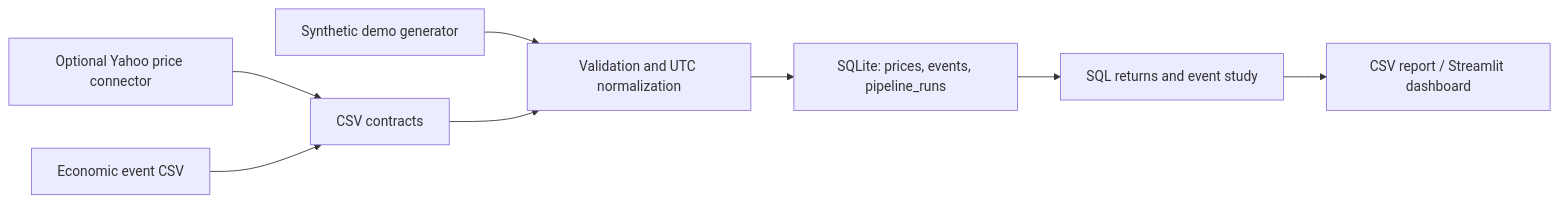
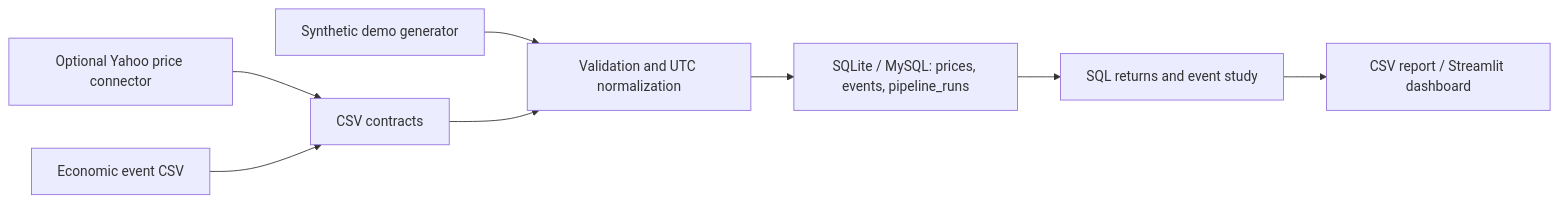
Before and after one commit to Hwanseok-Jeong/economic-event-data-pipeline: the diagram in README.md, drawn with Mermaid. The commit also changed other lines of this file and 13 other files, not shown here.

````diff
--- a/README.md
+++ b/README.md
@@ -13,10 +13,10 @@
 ```mermaid
 flowchart LR
     A[Optional Yahoo price connector] --> B[CSV contracts]
     C[Economic event CSV] --> B
     D[Synthetic demo generator] --> E[Validation and UTC normalization]
     B --> E
-    E --> F[SQLite: prices, events, pipeline_runs]
+    E --> F[SQLite / MySQL: prices, events, pipeline_runs]
     F --> G[SQL returns and event study]
     G --> H[CSV report / Streamlit dashboard]
 ```
````
